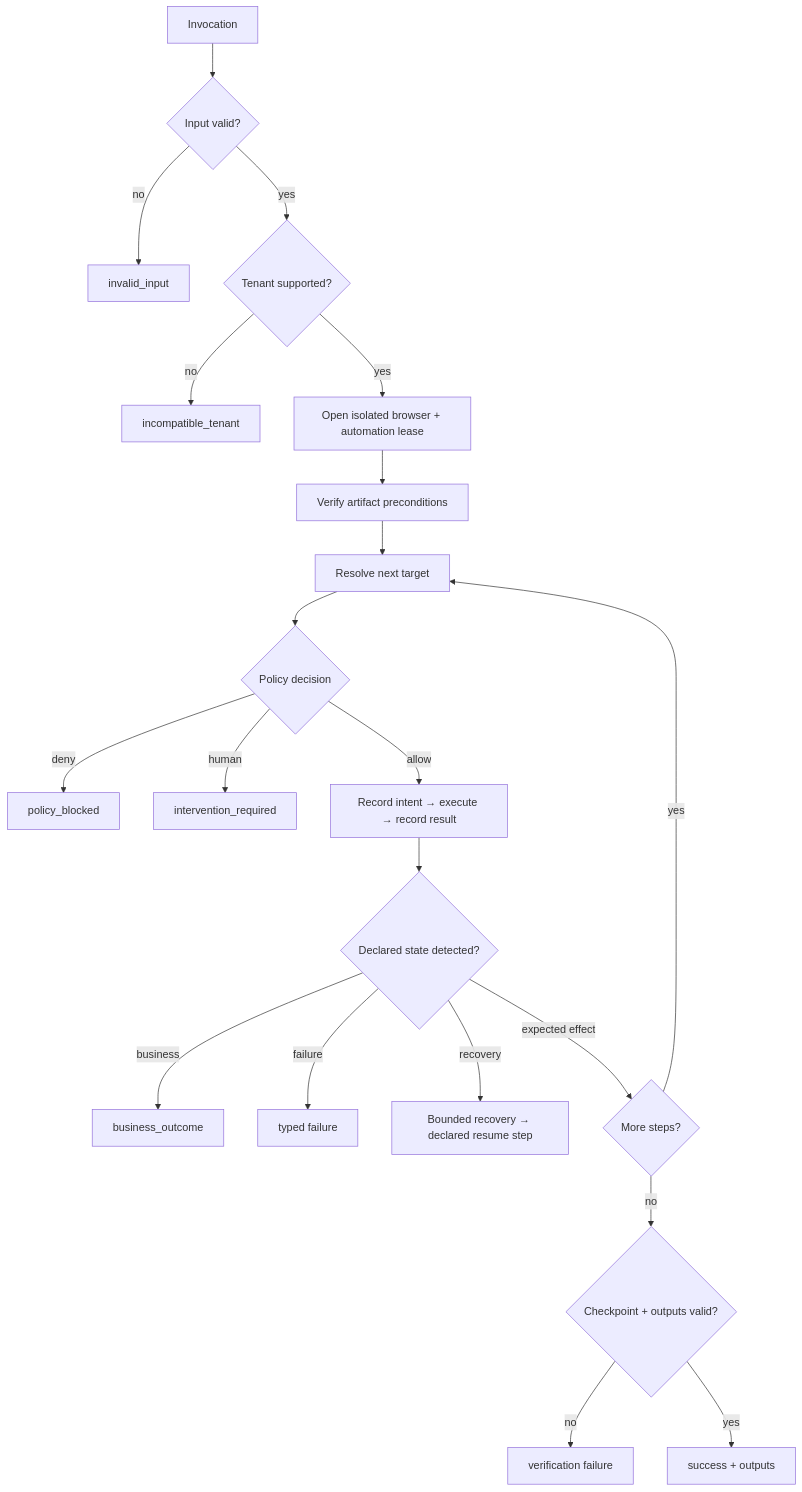
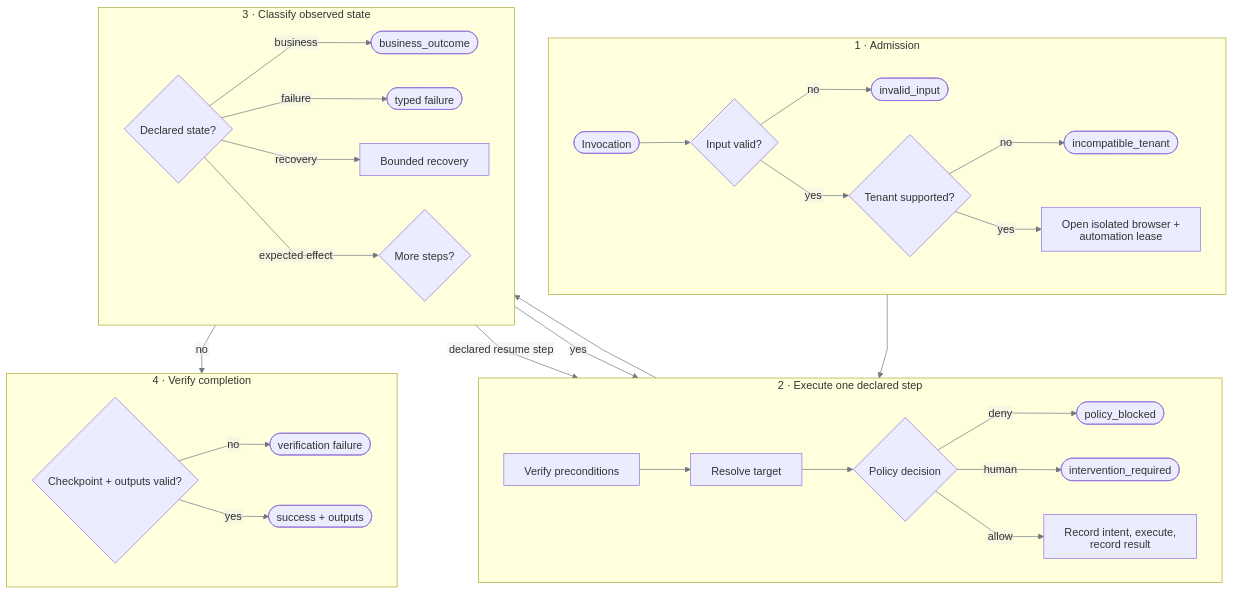
One commit to SivaTSS/replay-forge changed the second of 2 diagrams in docs/capability-and-replay.md. Above: the diagram before and after it, drawn with Mermaid. The commit also changed other lines of this file and 7 other files, not shown here.

Commit message:
docs: standardize Mermaid diagrams

````diff
--- a/docs/capability-and-replay.md
+++ b/docs/capability-and-replay.md
@@ -81,23 +88,44 @@
 ```mermaid
-flowchart TD
-    Q[Invocation] --> IV{Input valid?}
-    IV -- no --> IF[invalid_input]
-    IV -- yes --> TV{Tenant supported?}
-    TV -- no --> TF[incompatible_tenant]
-    TV -- yes --> B[Open isolated browser + automation lease]
-    B --> PC[Verify artifact preconditions]
-    PC --> ST[Resolve next target]
-    ST --> PO{Policy decision}
-    PO -- deny --> PF[policy_blocked]
-    PO -- human --> H[intervention_required]
-    PO -- allow --> AI[Record intent → execute → record result]
-    AI --> EX{Declared state detected?}
-    EX -- business --> BO[business_outcome]
-    EX -- failure --> HF[typed failure]
-    EX -- recovery --> RC[Bounded recovery → declared resume step]
-    EX -- expected effect --> NX{More steps?}
+%%{init: {"htmlLabels":false,"themeVariables":{"lineColor":"#6E7781","signalColor":"#6E7781"},"flowchart":{"curve":"linear"},"sequence":{"wrap":true}}}%%
+flowchart TB
+    subgraph Admission[1 · Admission]
+        direction LR
+        Q([Invocation]) --> IV{Input valid?}
+        IV -- no --> IF([invalid_input])
+        IV -- yes --> TV{Tenant supported?}
+        TV -- no --> TF([incompatible_tenant])
+        TV -- yes --> B[Open isolated browser + automation lease]
+    end
+
+    subgraph Step[2 · Execute one declared step]
+        direction LR
+        PC[Verify preconditions] --> ST[Resolve target]
+        ST --> PO{Policy decision}
+        PO -- deny --> PF([policy_blocked])
+        PO -- human --> H([intervention_required])
+        PO -- allow --> AI[Record intent, execute, record result]
+    end
+
+    subgraph State[3 · Classify observed state]
+        direction LR
+        EX{Declared state?}
+        EX -- business --> BO([business_outcome])
+        EX -- failure --> HF([typed failure])
+        EX -- recovery --> RC[Bounded recovery]
+        EX -- expected effect --> NX{More steps?}
+    end
+
+    subgraph Verify[4 · Verify completion]
+        direction LR
+        CK{Checkpoint + outputs valid?}
+        CK -- no --> VF([verification failure])
+        CK -- yes --> OK([success + outputs])
+    end
+
+    B --> PC
+    AI --> EX
+    RC -->|declared resume step| ST
     NX -- yes --> ST
-    NX -- no --> CK{Checkpoint + outputs valid?}
-    CK -- no --> VF[verification failure]
-    CK -- yes --> OK[success + outputs]
+    NX -- no --> CK
+
 ```
````
